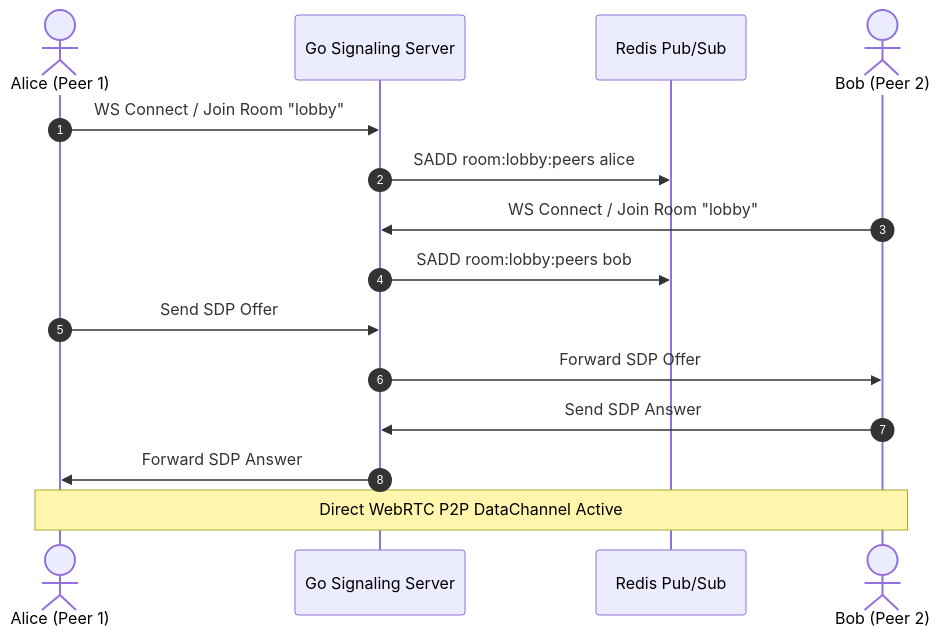
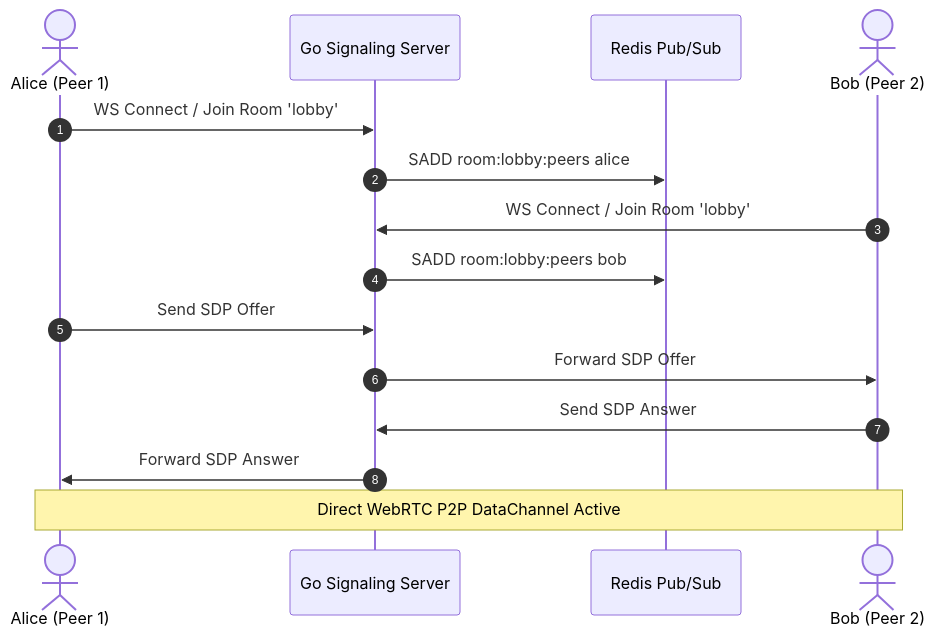
The second of 3 diagrams in public/raw/blogs/engineering-handbook-and-syntax-showcase.md (Bittu5134/bittu5134.github.io), drawn with Mermaid before and after one commit. The commit also changed other lines of this file and 24 other files, not shown here.

Commit message:
feat(blog): fix mermaid diagrams, add dark theme, littlefoot footnotes, and static indexing search

````diff
--- a/public/raw/blogs/engineering-handbook-and-syntax-showcase.md
+++ b/public/raw/blogs/engineering-handbook-and-syntax-showcase.md
@@ -230,18 +230,18 @@
 ```mermaid
 sequenceDiagram
     autonumber
     actor Alice as Alice (Peer 1)
     participant Server as Go Signaling Server
     participant Redis as Redis Pub/Sub
     actor Bob as Bob (Peer 2)
 
-    Alice->>Server: WS Connect / Join Room "lobby"
+    Alice->>Server: WS Connect / Join Room 'lobby'
     Server->>Redis: SADD room:lobby:peers alice
-    Bob->>Server: WS Connect / Join Room "lobby"
+    Bob->>Server: WS Connect / Join Room 'lobby'
     Server->>Redis: SADD room:lobby:peers bob
     Alice->>Server: Send SDP Offer
     Server->>Bob: Forward SDP Offer
     Bob->>Server: Send SDP Answer
     Server->>Alice: Forward SDP Answer
     Note over Alice,Bob: Direct WebRTC P2P DataChannel Active
 ```
````
